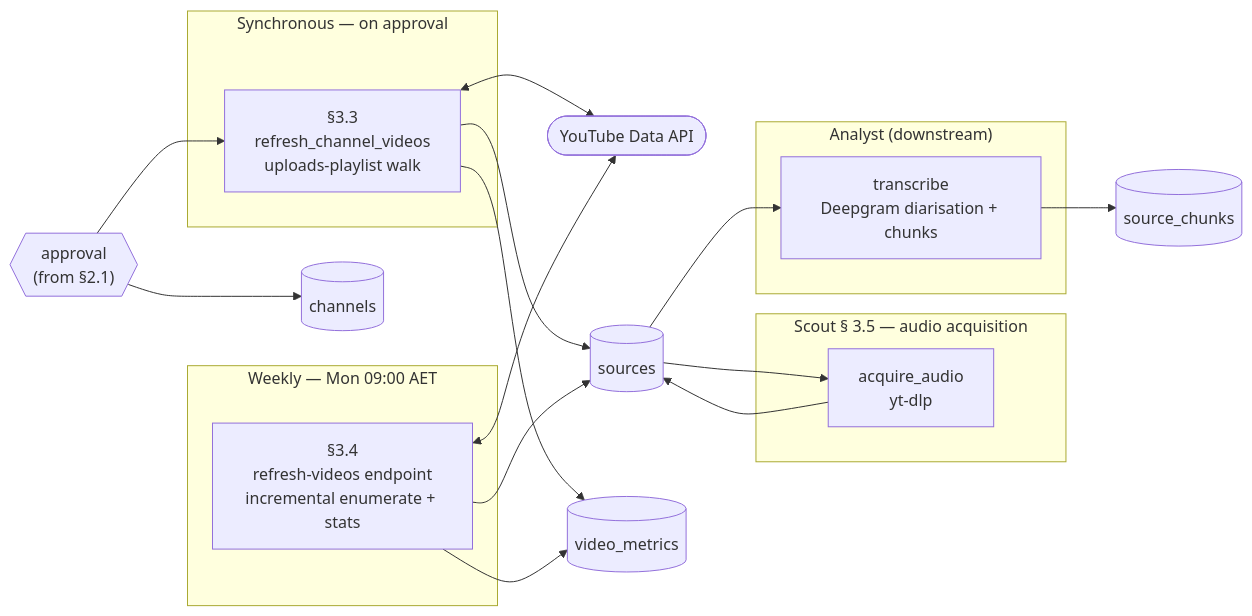
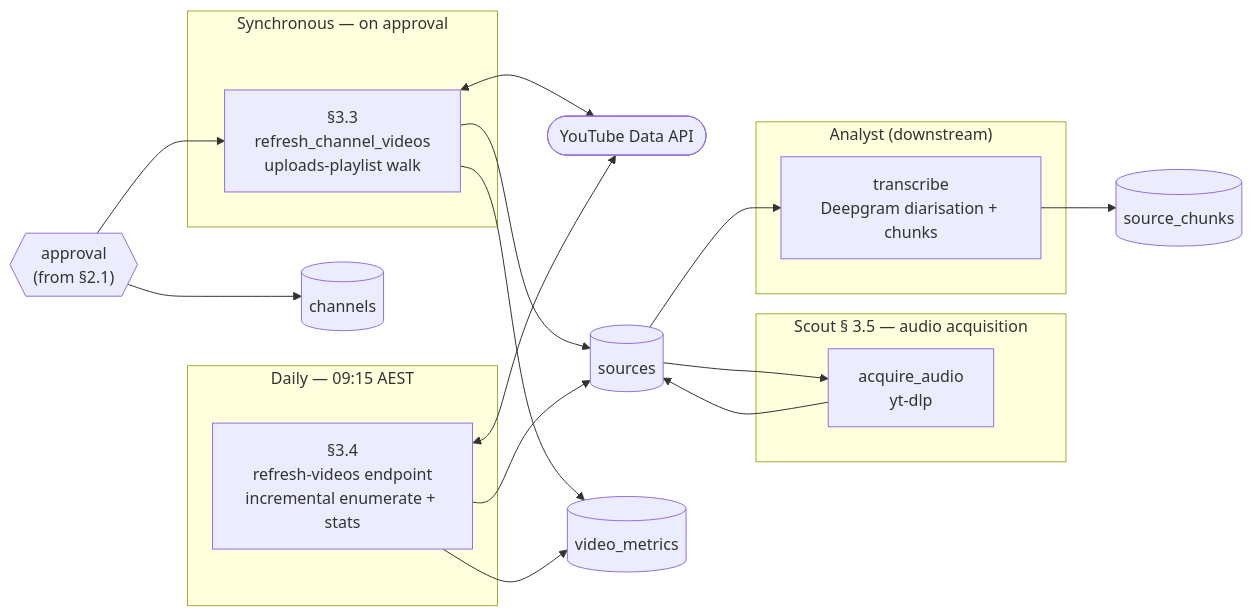
One commit to kristopherlopez/Jeromelu changed the second of 2 diagrams in docs/agents/crew/scout.md. Above: the diagram before and after it, drawn with Mermaid. The commit also changed other lines of this file and 9 other files, not shown here.

````diff
--- a/docs/agents/crew/scout.md
+++ b/docs/agents/crew/scout.md
@@ -179,38 +179,38 @@
 ```mermaid
 flowchart LR
     Approve{{"approval<br/>(from §2.1)"}}
     YT(["YouTube Data API"])
 
     subgraph Sync["Synchronous — on approval"]
       Enum["§3.3<br/>refresh_channel_videos<br/>uploads-playlist walk"]
     end
 
-    subgraph Weekly["Weekly — Mon 09:00 AET"]
+    subgraph Daily["Daily — 09:15 AEST"]
       Refresh["§3.4<br/>refresh-videos endpoint<br/>incremental enumerate + stats"]
     end
 
     subgraph AudioStep["Scout § 3.5 — audio acquisition"]
       Sweep["acquire_audio<br/>yt-dlp"]
     end
     subgraph Trans["Analyst (downstream)"]
       Tx["transcribe<br/>Deepgram diarisation + chunks"]
     end
 
     Channels[("channels")]
     Sources[("sources")]
     VM[("video_metrics")]
     Chunks[("source_chunks")]
 
     Approve --> Channels
     Approve --> Enum
     Enum  <--> YT
     Enum  --> Sources
     Enum  --> VM
     Refresh <--> YT
     Refresh --> Sources
     Refresh --> VM
     Sources --> Sweep
     Sweep   --> Sources
     Sources --> Tx
     Tx      --> Chunks
 ```
````
